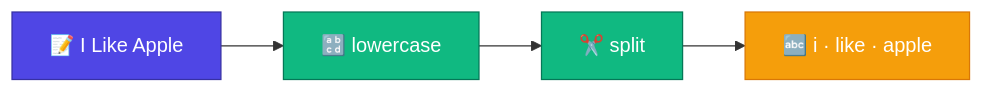
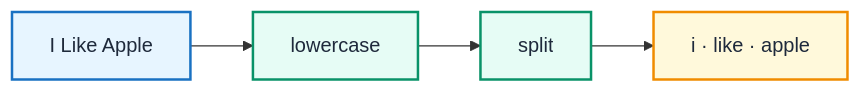
One commit to bhNibir/build-own-llm changed the diagram in content/docs/part-01-tokenizer/03-tokenizer.mdx. Above: the diagram before and after it, drawn with Mermaid. The commit also changed other lines of this file and 18 other files, not shown here.

````diff
--- a/content/docs/part-01-tokenizer/03-tokenizer.mdx
+++ b/content/docs/part-01-tokenizer/03-tokenizer.mdx
@@ -14,9 +14,9 @@
 ```mermaid
 flowchart LR
-    A["📝 I Like Apple"]:::input --> B["🔡 lowercase"]:::process
-    B --> C["✂️ split"]:::process
-    C --> D["🔤 i · like · apple"]:::output
-    classDef input fill:#4F46E5,color:#fff,stroke:#3730A3
-    classDef process fill:#10B981,color:#fff,stroke:#047857
-    classDef output fill:#F59E0B,color:#fff,stroke:#D97706
+    A["I Like Apple"]:::input --> B["lowercase"]:::process
+    B --> C["split"]:::process
+    C --> D["i · like · apple"]:::output
+    classDef input fill:#E7F5FF,color:#1E293B,stroke:#1971C2,stroke-width:2px
+    classDef process fill:#E6FCF5,color:#1E293B,stroke:#099268,stroke-width:2px
+    classDef output fill:#FFF9DB,color:#1E293B,stroke:#F08C00,stroke-width:2px
 ```
````
